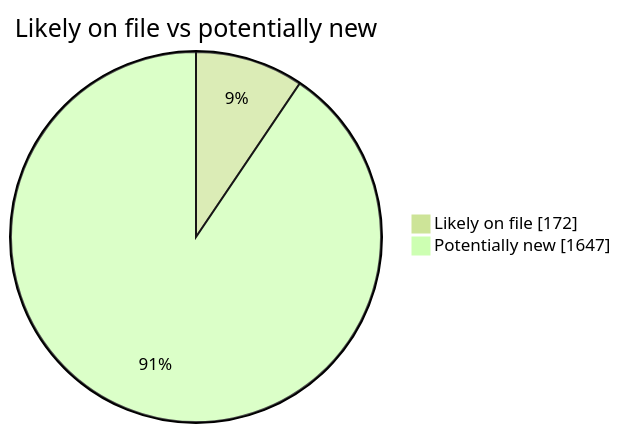
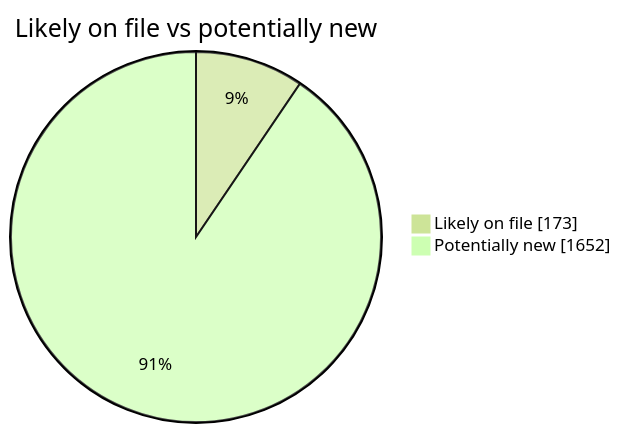
The second of 4 diagrams in README.md (martinbalfanz/social-scanner-reports), drawn with Mermaid (forest theme) before and after one commit. The commit also changed other lines of this file and 4 other files, not shown here.

````diff
--- a/README.md
+++ b/README.md
@@ -40,5 +40,5 @@
 ```mermaid
 pie showData title Likely on file vs potentially new
-    "Likely on file" : 172
-    "Potentially new" : 1647
+    "Likely on file" : 173
+    "Potentially new" : 1652
 ```
````
